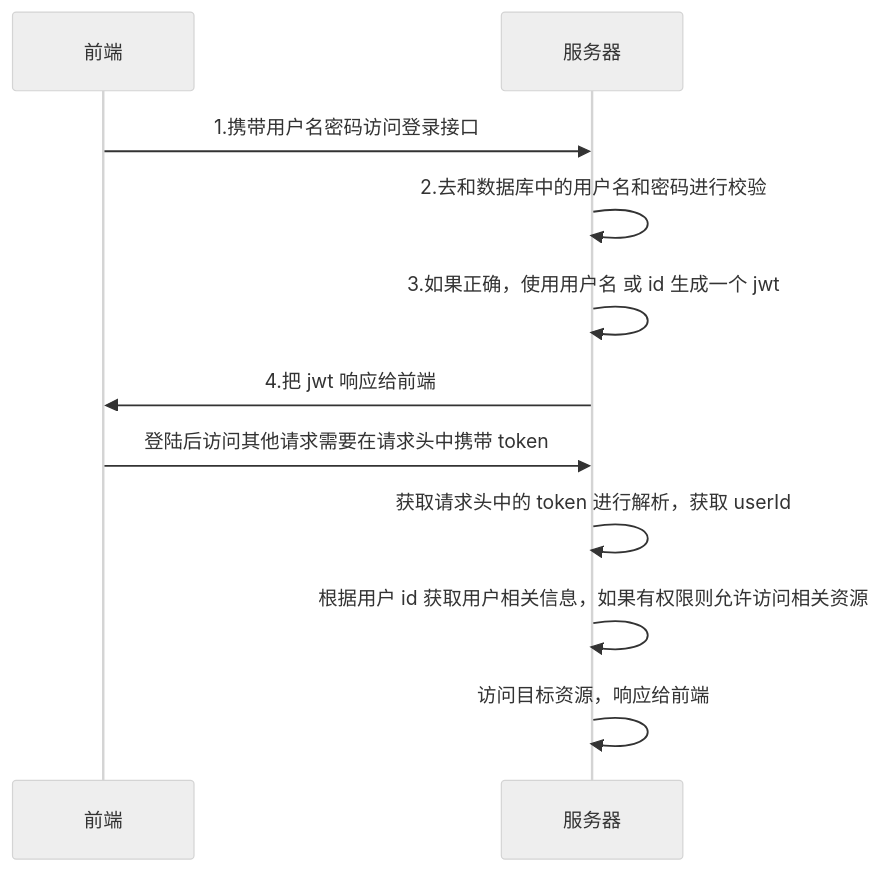
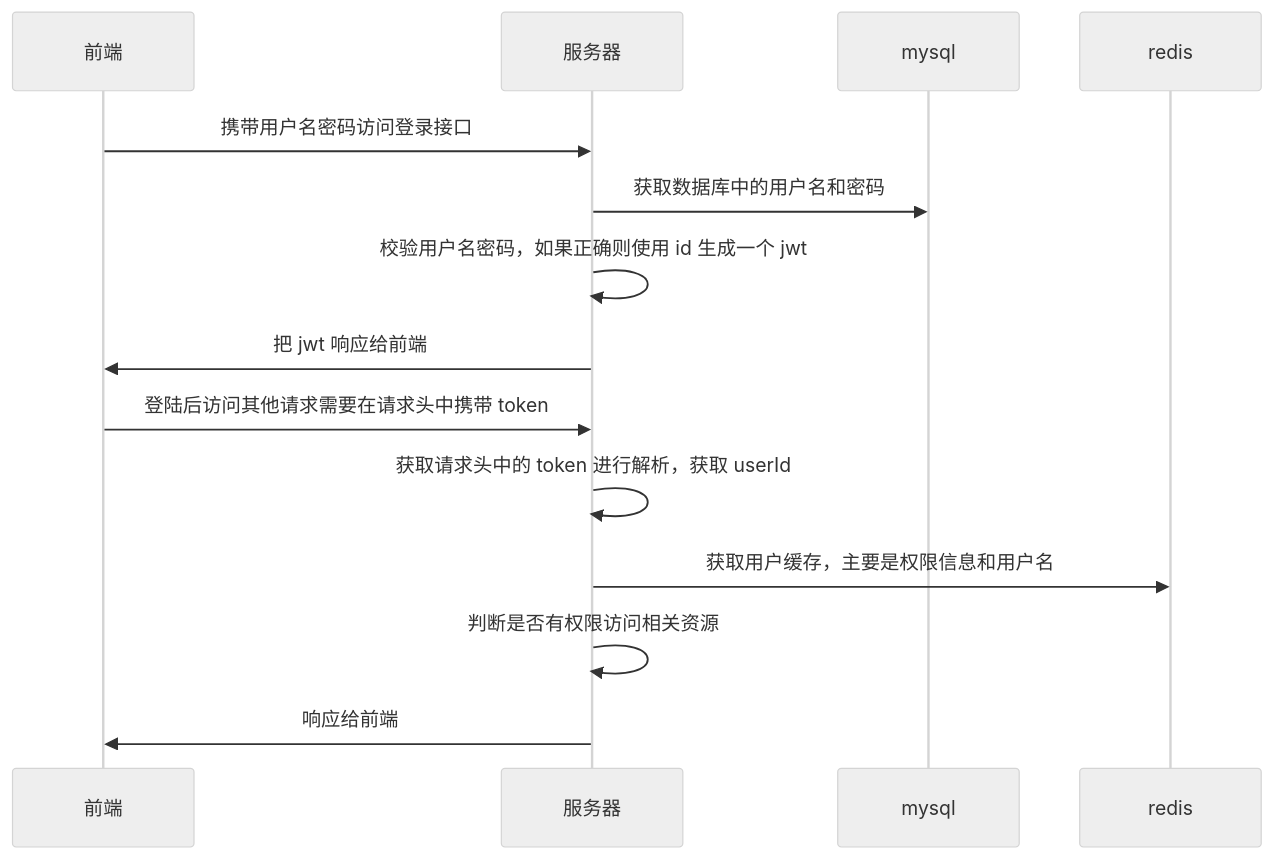
The second of 3 diagrams in 后端/Spring/Spring Security/Spring Security.md (Famezyy/MyNote), drawn with Mermaid (neutral theme) before and after one commit. The commit also changed other lines of this file and 42 other files, not shown here.

````diff
--- a/后端/Spring/Spring Security/Spring Security.md
+++ b/后端/Spring/Spring Security/Spring Security.md
@@ -61,13 +1482,16 @@
 ```mermaid
 sequenceDiagram
 	participant 前端
 	participant 服务器
-	前端 ->> 服务器: 1.携带用户名密码访问登录接口
-	服务器 ->> 服务器: 2.去和数据库中的用户名和密码进行校验
-	服务器 ->> 服务器: 3.如果正确，使用用户名 或 id 生成一个 jwt
-	服务器 ->> 前端: 4.把 jwt 响应给前端
+	participant mysql
+	participant redis
+	前端 ->> 服务器: 携带用户名密码访问登录接口
+	服务器 ->> mysql: 获取数据库中的用户名和密码
+	服务器 ->> 服务器: 校验用户名密码，如果正确则使用 id 生成一个 jwt
+	服务器 ->> 前端: 把 jwt 响应给前端
 	前端 ->> 服务器: 登陆后访问其他请求需要在请求头中携带 token
 	服务器 ->> 服务器: 获取请求头中的 token 进行解析，获取 userId
-	服务器 ->> 服务器: 根据用户 id 获取用户相关信息，如果有权限则允许访问相关资源
-	服务器 ->> 服务器: 访问目标资源，响应给前端
+	服务器 ->> redis: 获取用户缓存，主要是权限信息和用户名
+	服务器 ->> 服务器: 判断是否有权限访问相关资源
+	服务器 ->> 前端: 响应给前端
 ```
````
